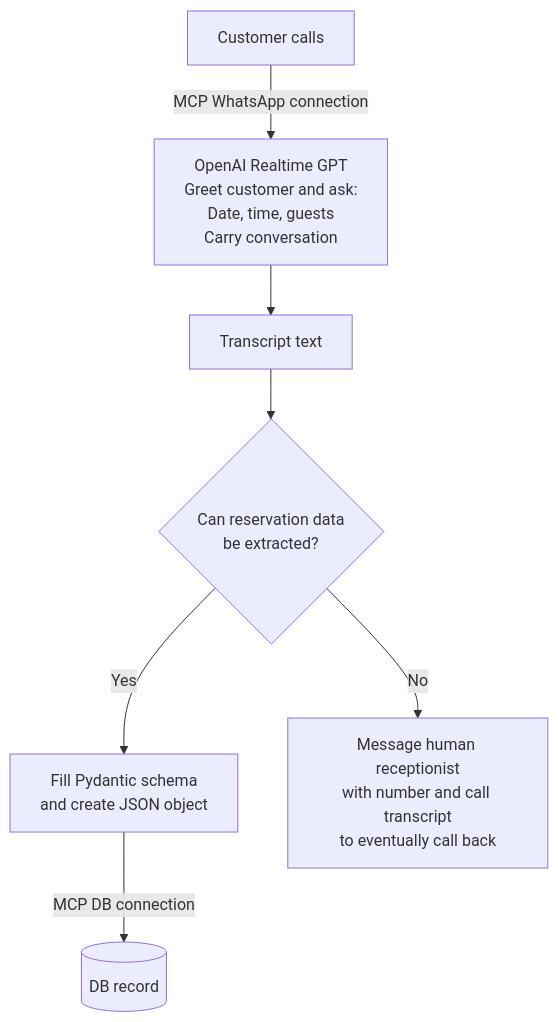
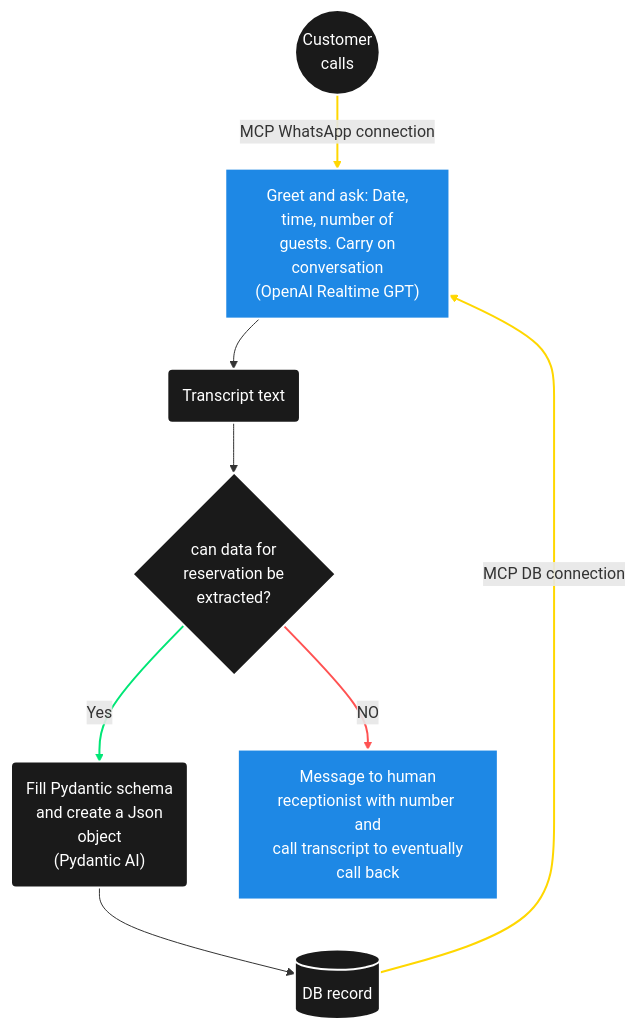
The diagram in README.md (opsabarsec/hotel-receptionist-voice-bot), drawn with Mermaid before and after one commit.

Commit message:
feat: updated markdown with colors

````diff
--- a/README.md
+++ b/README.md
@@ -20,13 +20,33 @@
 ```mermaid
 flowchart TD
-    A[Customer calls] -->|MCP WhatsApp connection| B[OpenAI Realtime GPT<br/>Greet customer and ask:<br/>Date, time, guests<br/>Carry conversation]
+    %% Nodes
+    A(("Customer<br/>calls"))
+    B["Greet and ask: Date,<br/>time, number of<br/>guests. Carry on<br/>conversation<br/>(OpenAI Realtime GPT)"]
+    C("Transcript text")
+    D{"can data for<br/>reservation be<br/>extracted?"}
+    E("Fill Pydantic schema<br/>and create a Json<br/>object<br/>(Pydantic AI)")
+    F[("DB record")]
+    G["Message to human<br/>receptionist with number and<br/>call transcript to eventually<br/>call back"]
 
-    B --> C[Transcript text]
+    %% Edges
+    A ==>|MCP WhatsApp connection| B
+    B --> C
+    C --> D
+    D -->|Yes| E
+    D -->|NO| G
+    E --> F
+    F ==>|MCP DB connection| B
 
-    C --> D{Can reservation data<br/>be extracted?}
+    %% Colors
+    classDef blueFill fill:#1E88E5,stroke:#fff,stroke-width:2px,color:#fff
+    classDef blackFill fill:#1a1a1a,stroke:#fff,stroke-width:2px,color:#fff
+    
+    class B,G blueFill
+    class A,C,D,E,F blackFill
 
-    D -->|Yes| E[Fill Pydantic schema<br/>and create JSON object]
-    E -->|MCP DB connection| F[(DB record)]
-
-    D -->|No| G[Message human receptionist<br/>with number and call transcript<br/>to eventually call back]
+    %% Edge Colors: 0=A->B, 3=D->E(Yes), 4=D->G(NO), 6=F->B
+    linkStyle 0 stroke:#FFD700,stroke-width:2px;
+    linkStyle 3 stroke:#00E676,stroke-width:2px;
+    linkStyle 4 stroke:#FF5252,stroke-width:2px;
+    linkStyle 6 stroke:#FFD700,stroke-width:2px;
 ```
````
